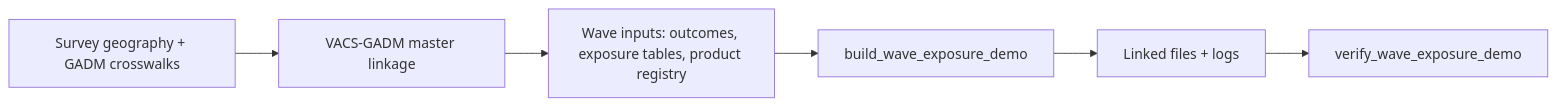
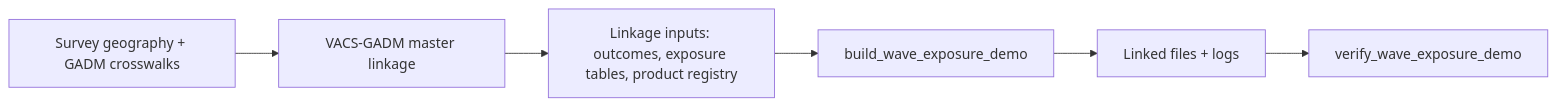
The third of 3 diagrams in README.md (JunchenX0809/research_side_projects_ipv_v2), drawn with Mermaid before and after one commit. The commit also changed other lines of this file and 5 other files, not shown here.

````diff
--- a/README.md
+++ b/README.md
@@ -50,8 +52,8 @@
 ```mermaid
 flowchart LR
   GEO["Survey geography + GADM crosswalks"] --> MASTER["VACS-GADM master linkage"]
-  MASTER --> INPUTS["Wave inputs: outcomes, exposure tables, product registry"]
+  MASTER --> INPUTS["Linkage inputs: outcomes, exposure tables, product registry"]
   INPUTS --> BUILD["build_wave_exposure_demo"]
   BUILD --> DEMO["Linked files + logs"]
   DEMO --> VERIFY["verify_wave_exposure_demo"]
 ```
````
